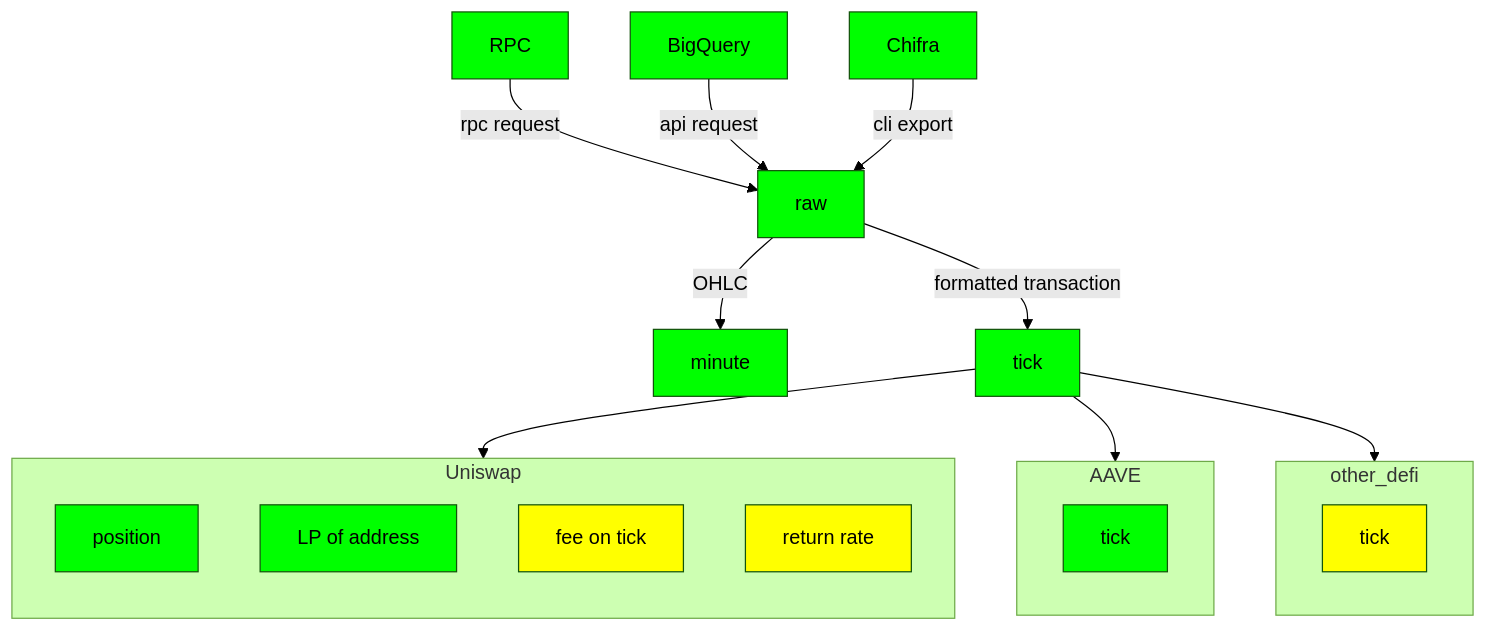
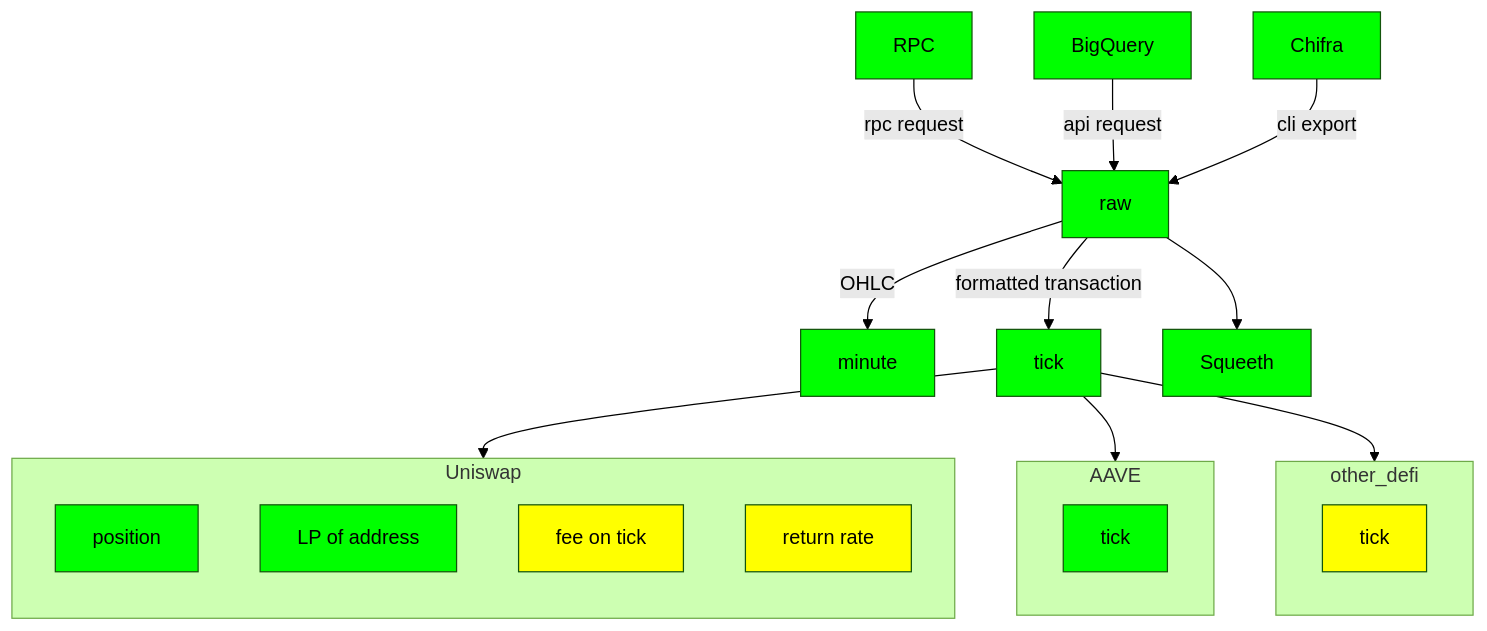
The second of 2 diagrams in README.md (zelos-alpha/demeter-fetch), drawn with Mermaid (forest theme) before and after one commit. The commit also changed other lines of this file and 2 other files, not shown here.

````diff
--- a/README.md
+++ b/README.md
@@ -36,26 +38,27 @@
 ```mermaid
 flowchart TB;
    RPC:::done --rpc request--> raw:::done;
    BigQuery:::done --api request--> raw;
    Chifra:::done --cli export--> raw;
    raw --OHLC--> minute:::done;
    raw --formatted transaction--> tick:::done;
+   raw --> Squeeth:::done;
    tick --> Uniswap;
    tick --> AAVE;
    tick --> other_defi;
    subgraph Uniswap;
       direction TB;
       position:::done;
       address_LP[LP of address]:::done;
       fee_on_tick[fee on tick]:::to_do;
       return_rate[return rate]:::to_do;
    end
    subgraph AAVE;
       aave_tick[tick]:::done;
    end
    subgraph other_defi;
       other_tick[tick]:::to_do;
    end
    classDef done fill:#00ff00
    classDef to_do fill:#ffff00
 ```
````
